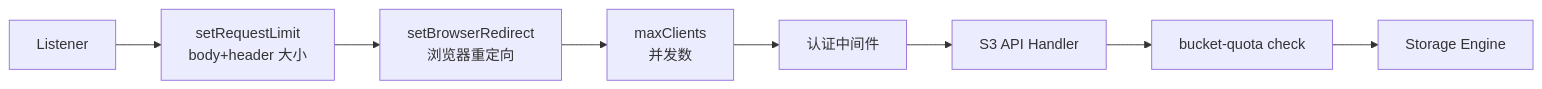
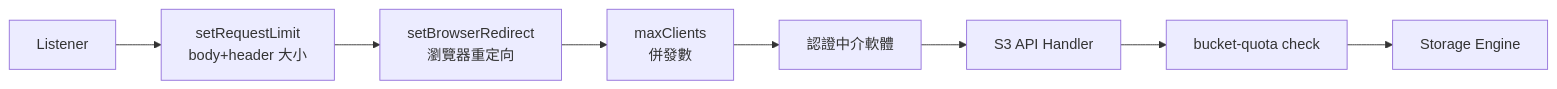
One commit to cysu01/minio changed the third of 8 diagrams in repo-analysis/drafts/06-module-rate-control.md. Above: the diagram before and after it, drawn with Mermaid. The commit also changed other lines of this file and 14 other files, not shown here.

````diff
--- a/repo-analysis/drafts/06-module-rate-control.md
+++ b/repo-analysis/drafts/06-module-rate-control.md
@@ -142,10 +142,10 @@
 ```mermaid
 flowchart LR
     A[Listener] --> B["setRequestLimit<br/>body+header 大小"]
-    B --> C["setBrowserRedirect<br/>浏览器重定向"]
-    C --> D["maxClients<br/>并发数"]
-    D --> E["认证中间件"]
+    B --> C["setBrowserRedirect<br/>瀏覽器重定向"]
+    C --> D["maxClients<br/>併發數"]
+    D --> E["認證中介軟體"]
     E --> F["S3 API Handler"]
     F --> G[bucket-quota check]
     G --> H[Storage Engine]
 ```
````
